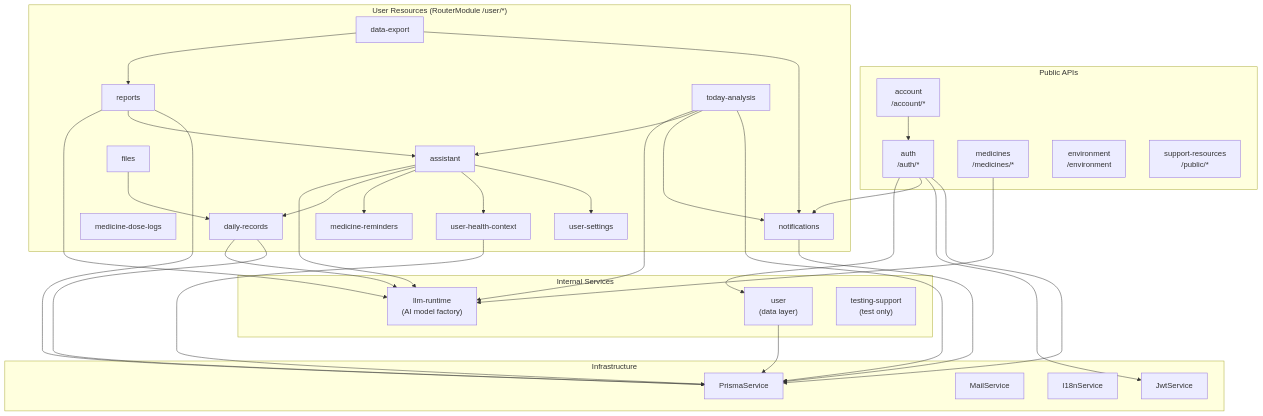
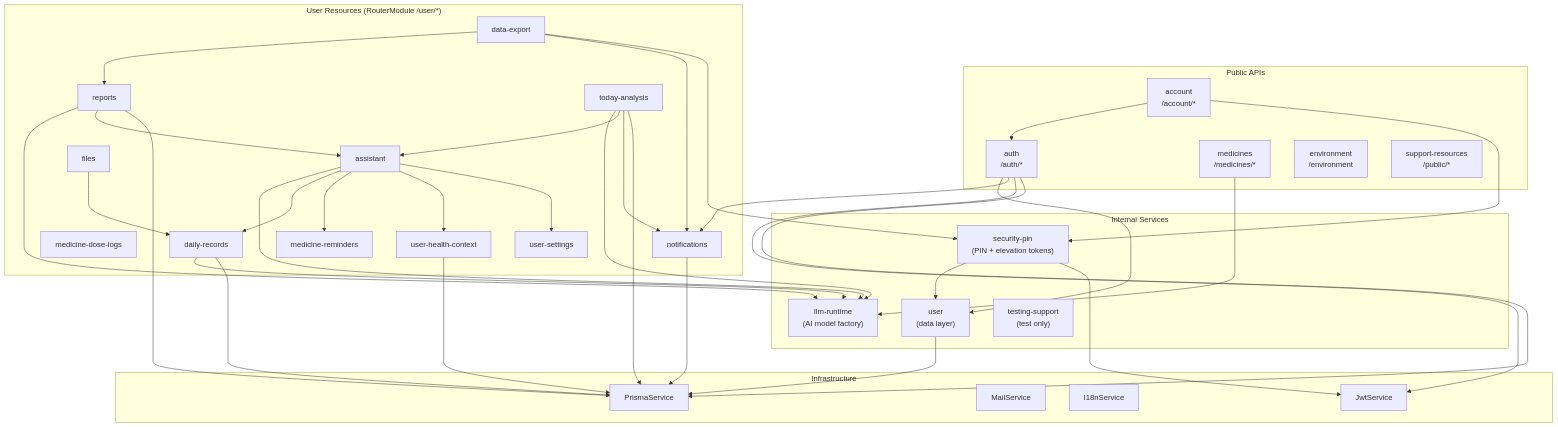
Before and after one commit to LuoMuLoyal/Lucent: the first of 2 diagrams in docs/architecture.md, drawn with Mermaid. The commit also changed other lines of this file and 47 other files, not shown here.

````diff
--- a/docs/architecture.md
+++ b/docs/architecture.md
@@ -5,69 +5,74 @@
 ```mermaid
 graph TD
     subgraph "Public APIs"
         auth["auth<br>/auth/*"]
         account["account<br>/account/*"]
         medicines["medicines<br>/medicines/*"]
         environment["environment<br>/environment"]
         support["support-resources<br>/public/*"]
     end
 
     subgraph "User Resources (RouterModule /user/*)"
         assistant["assistant"]
         daily["daily-records"]
         dataExport["data-export"]
         files["files"]
         doseLogs["medicine-dose-logs"]
         reminders["medicine-reminders"]
         notifications["notifications"]
         reports["reports"]
         today["today-analysis"]
         healthCtx["user-health-context"]
         settings["user-settings"]
     end
 
     subgraph "Internal Services"
         llm["llm-runtime<br>(AI model factory)"]
         user["user<br>(data layer)"]
+        security["security-pin<br>(PIN + elevation tokens)"]
         testing["testing-support<br>(test only)"]
     end
 
     subgraph "Infrastructure"
         prisma["PrismaService"]
         mail["MailService"]
         i18n["I18nService"]
         jwt["JwtService"]
     end
 
     %% Public API dependencies
     auth --> user
     auth --> notifications
     auth --> jwt
     account --> auth
+    account --> security
 
     %% User resource dependencies
     assistant --> llm
     assistant --> daily
     assistant --> reminders
     assistant --> healthCtx
     assistant --> settings
     daily --> llm
     reports --> llm
     reports --> assistant
     today --> llm
     today --> assistant
     today --> notifications
     dataExport --> reports
     dataExport --> notifications
+    dataExport --> security
     medicines --> llm
     files --> daily
 
     %% Infrastructure
     auth --> prisma
     user --> prisma
+    security --> user
+    security --> jwt
     daily --> prisma
     notifications --> prisma
     reports --> prisma
     today --> prisma
     healthCtx --> prisma
 ```
````
